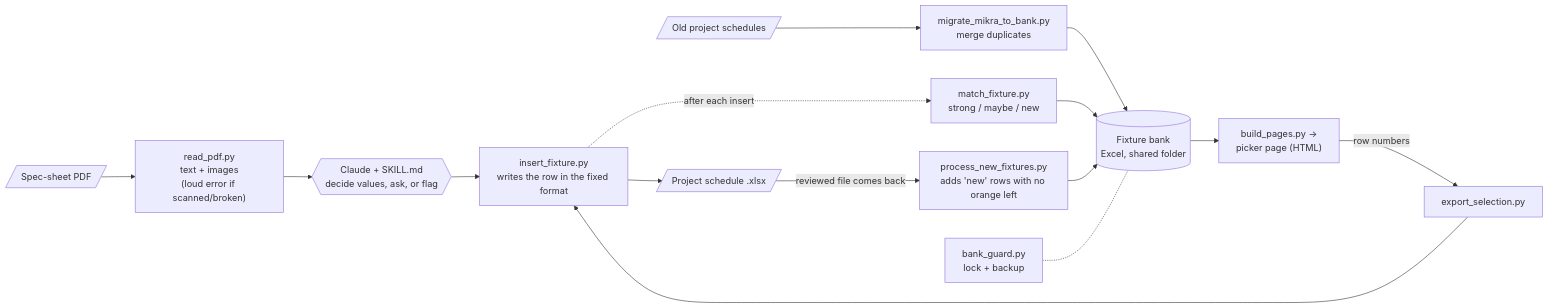
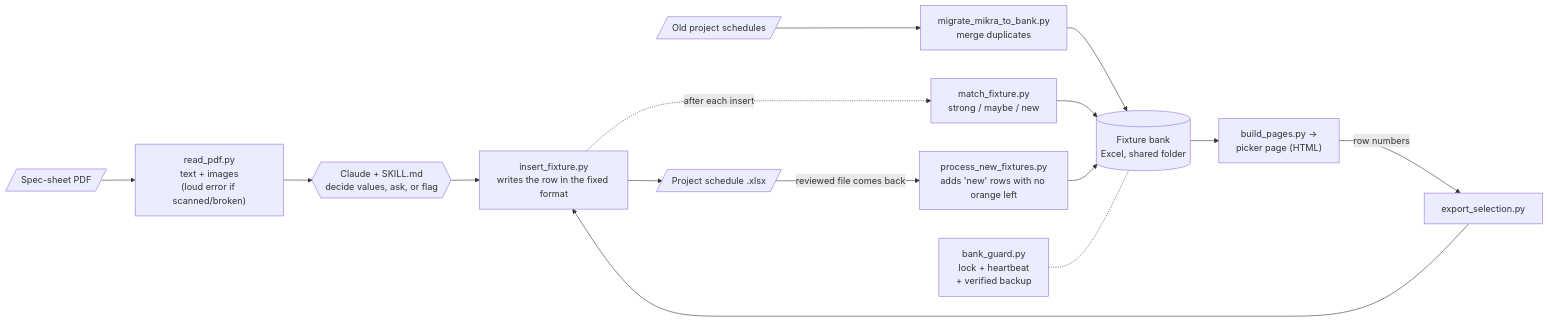
Before and after one commit to guyavron/lighting-schedule-automation: the diagram in README.md, drawn with Mermaid. The commit also changed other lines of this file, not shown here.

````diff
--- a/README.md
+++ b/README.md
@@ -54,17 +54,17 @@
 ```mermaid
 flowchart LR
     PDF[/"Spec-sheet PDF"/] --> R["read_pdf.py<br/>text + images<br/>(loud error if scanned/broken)"]
     R --> C{{"Claude + SKILL.md<br/>decide values, ask, or flag"}}
     C --> I["insert_fixture.py<br/>writes the row in the fixed format"]
     OLD[/"Old project schedules"/] --> MIG["migrate_mikra_to_bank.py<br/>merge duplicates"]
     MIG --> BANK[("Fixture bank<br/>Excel, shared folder")]
     BANK --> PG["build_pages.py →<br/>picker page (HTML)"]
     PG -- "row numbers" --> EX["export_selection.py"]
     EX --> I
     I --> LEG[/"Project schedule .xlsx"/]
     I -. "after each insert" .-> MATCH["match_fixture.py<br/>strong / maybe / new"]
     MATCH --> BANK
     LEG -- "reviewed file comes back" --> PROC["process_new_fixtures.py<br/>adds 'new' rows with no orange left"]
     PROC --> BANK
-    G["bank_guard.py<br/>lock + backup"] -.- BANK
+    G["bank_guard.py<br/>lock + heartbeat<br/>+ verified backup"] -.- BANK
 ```
````
